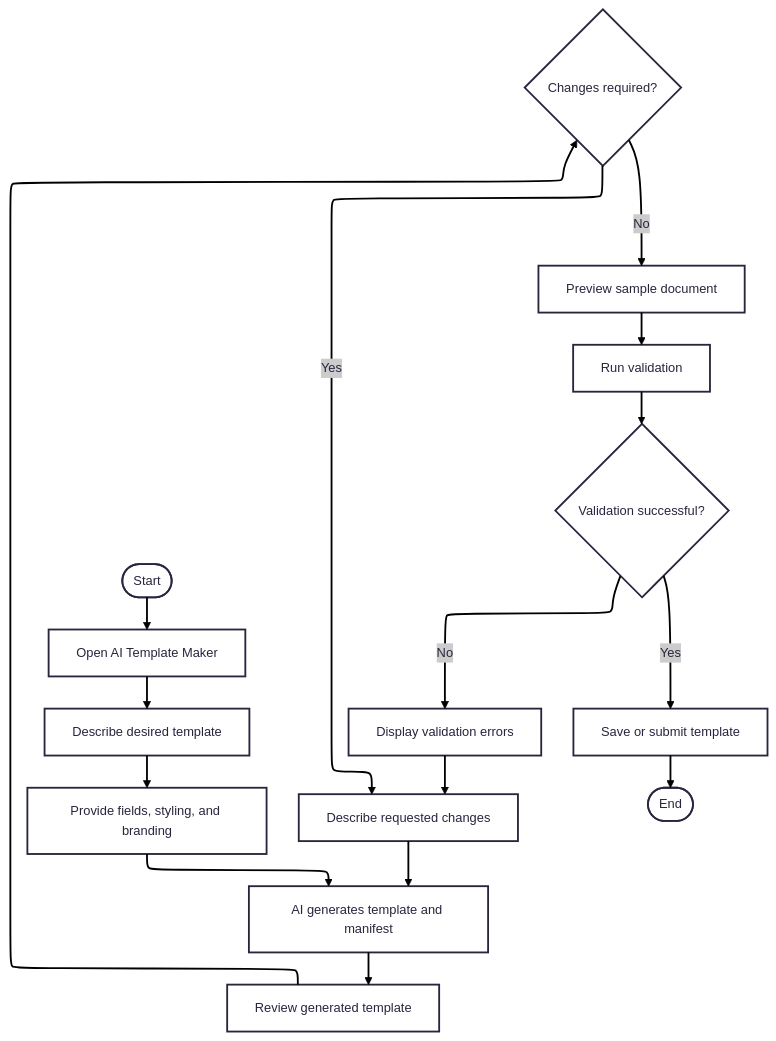
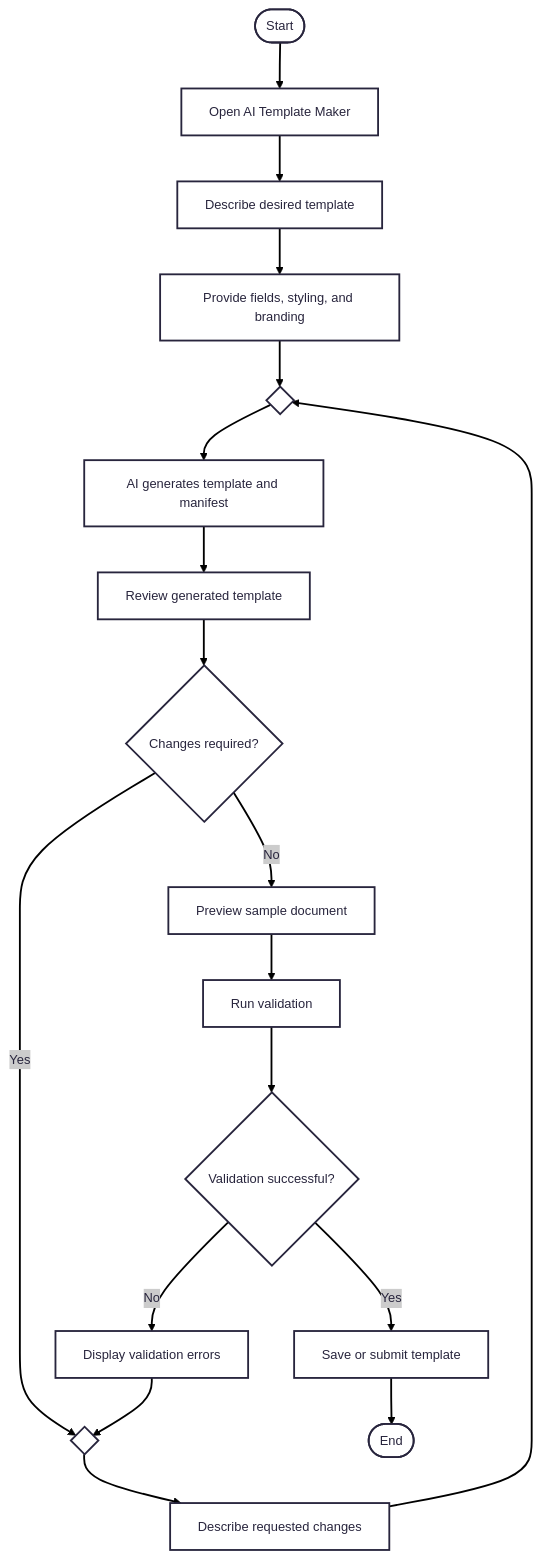
Before and after one commit to Litho-MD/uet-fyp-docs: the diagram in diagrams/mmd/userflow/09-ai-template-generation.mmd, drawn with Mermaid. The commit also changed 15 other files, not shown here.

Commit message:
feat(diagrams): harmonize AI authoring, security review, and MCP diagrams with diamond loops, clean exits, and sequence modeling

```diff
--- a/diagrams/mmd/userflow/09-ai-template-generation.mmd
+++ b/diagrams/mmd/userflow/09-ai-template-generation.mmd
@@ -1,26 +1,27 @@
 ---
 config:
   theme: redux
   look: classic
-  layout: elk
 ---
 flowchart TD
     A([Start]) --> B[Open AI Template Maker]
     B --> C[Describe desired template]
     C --> D[Provide fields, styling, and branding]
-    D --> E[AI generates template and manifest]
+    D --> M_gen{" "}
+    M_gen --> E[AI generates template and manifest]
     E --> F[Review generated template]
     F --> G{Changes required?}
 
-    G -- Yes --> H[Describe requested changes]
-    H --> E
+    G -- Yes --> M_req{" "}
+    M_req --> H[Describe requested changes]
+    H --> M_gen
 
     G -- No --> I[Preview sample document]
     I --> J[Run validation]
     J --> K{Validation successful?}
 
     K -- No --> L[Display validation errors]
-    L --> H
+    L --> M_req
 
     K -- Yes --> M[Save or submit template]
     M --> N([End])
```
